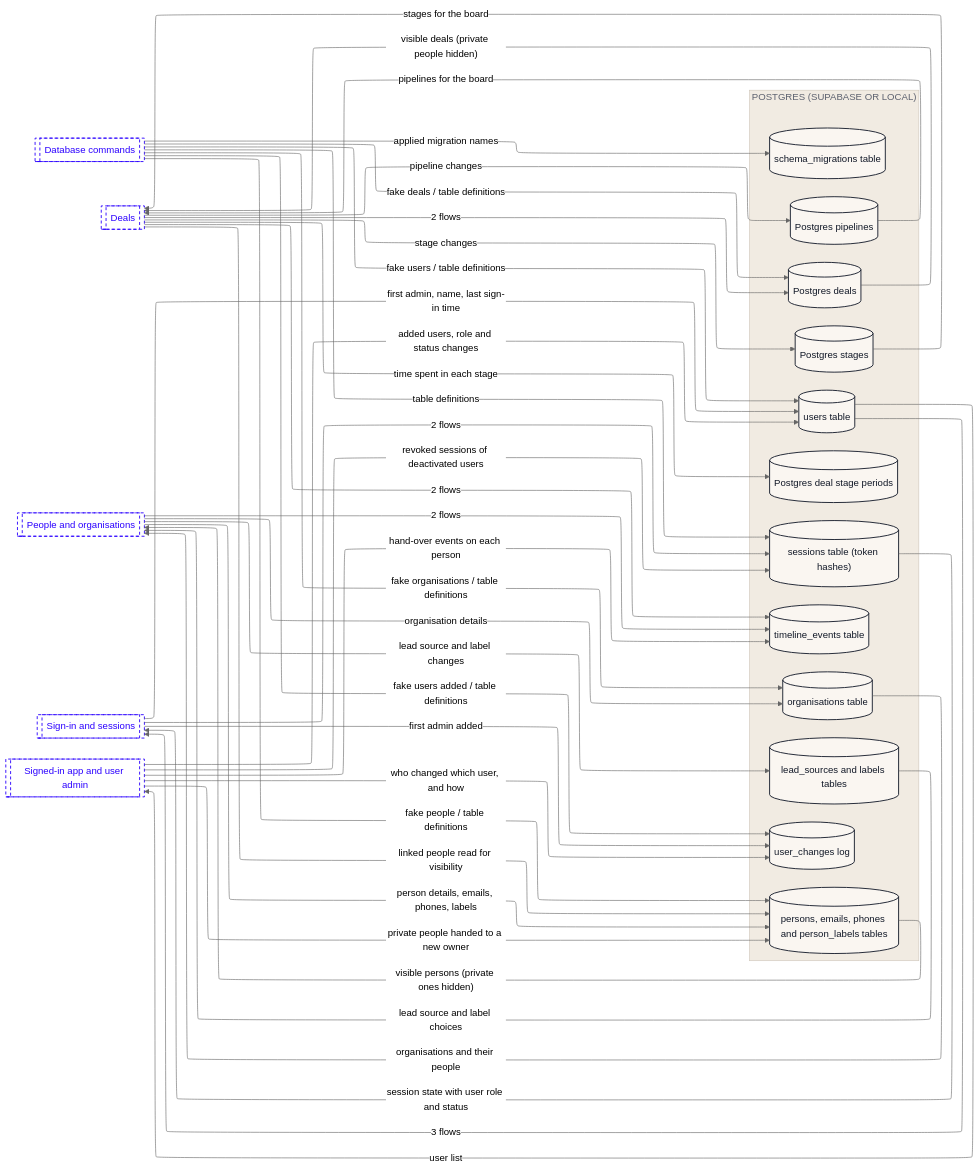
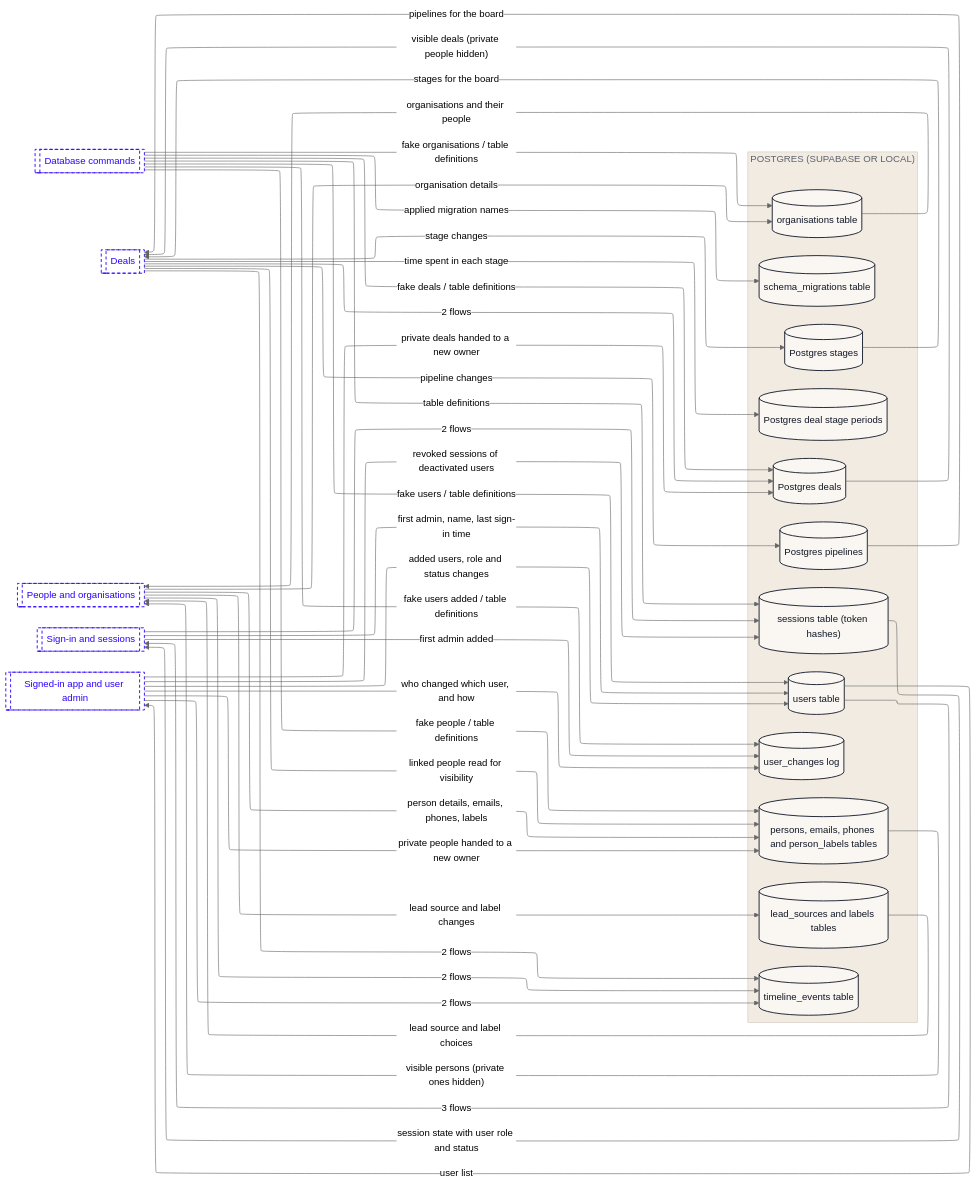
Before and after one commit to Romain-Perche/Barnacle-Pipe: the third of 9 diagrams in dataflow/DATAFLOW.md, drawn with Mermaid (neutral theme). The commit also changed other lines of this file and 7 other files, not shown here.

````diff
--- a/dataflow/DATAFLOW.md
+++ b/dataflow/DATAFLOW.md
@@ -136,69 +136,70 @@
 ```mermaid
 ---
 config:
   layout: elk
 ---
 flowchart LR
     subgraph z1["POSTGRES (SUPABASE OR LOCAL)"]
         n1[("lead_sources and labels tables")]
         n2[("Postgres deal stage periods")]
         n3[("Postgres deals")]
         n4[("organisations table")]
         n5[("persons, emails, phones and person_labels tables")]
         n6[("Postgres pipelines")]
         n7[("schema_migrations table")]
         n8[("sessions table (token hashes)")]
         n9[("Postgres stages")]
         n10[("timeline_events table")]
         n11[("user_changes log")]
         n12[("users table")]
     end
     n13[["Database commands"]]
     n14[["Deals"]]
     n15[["People and organisations"]]
     n16[["Sign-in and sessions"]]
     n17[["Signed-in app and user admin"]]
     n15 -->|"lead source and label changes"| n1
     n1 -->|"lead source and label choices"| n15
     n16 -->|"2 flows"| n8
     n16 -->|"first admin added"| n11
     n16 -->|"first admin, name, last sign-in time"| n12
     n14 -->|"time spent in each stage"| n2
     n14 -->|"2 flows"| n3
     n14 -->|"linked people read for visibility"| n5
     n14 -->|"2 flows"| n10
     n3 -->|"visible deals (private people hidden)"| n14
     n13 -->|"fake deals / table definitions"| n3
     n13 -->|"fake organisations / table definitions"| n4
     n13 -->|"fake people / table definitions"| n5
     n13 -->|"applied migration names"| n7
     n13 -->|"table definitions"| n8
     n13 -->|"fake users added / table definitions"| n11
     n13 -->|"fake users / table definitions"| n12
     n15 -->|"organisation details"| n4
     n15 -->|"2 flows"| n10
     n4 -->|"organisations and their people"| n15
     n15 -->|"person details, emails, phones, labels"| n5
     n5 -->|"visible persons (private ones hidden)"| n15
     n14 -->|"pipeline changes"| n6
     n14 -->|"stage changes"| n9
     n6 -->|"pipelines for the board"| n14
     n8 -->|"session state with user role and status"| n16
     n9 -->|"stages for the board"| n14
+    n17 -->|"private deals handed to a new owner"| n3
     n17 -->|"private people handed to a new owner"| n5
     n17 -->|"revoked sessions of deactivated users"| n8
-    n17 -->|"hand-over events on each person"| n10
+    n17 -->|"2 flows"| n10
     n17 -->|"who changed which user, and how"| n11
     n17 -->|"added users, role and status changes"| n12
     n12 -->|"3 flows"| n16
     n12 -->|"user list"| n17
     classDef actor fill:#FFFFFF,stroke:#111827,stroke-width:1px,color:#111827
     classDef process fill:#EDEAFF,stroke:#2B00FF,stroke-width:1.5px,color:#111827
     classDef store fill:#FAF6F1,stroke:#111827,stroke-width:1.5px,color:#111827
     classDef zone fill:#1A1A1A,stroke:#1A1A1A,color:#FFFFFF
     classDef group fill:#2B00FF,stroke:#2B00FF,color:#FFFFFF
     classDef stub fill:#FFFFFF,stroke:#2B00FF,stroke-width:1.5px,stroke-dasharray:5 4,color:#2B00FF
     class n1,n2,n3,n4,n5,n6,n7,n8,n9,n10,n11,n12 store
     class n13,n14,n15,n16,n17 stub
     style z1 fill:#F1EBE2,stroke:#CFC7BB,color:#5D6270
 ```
````
